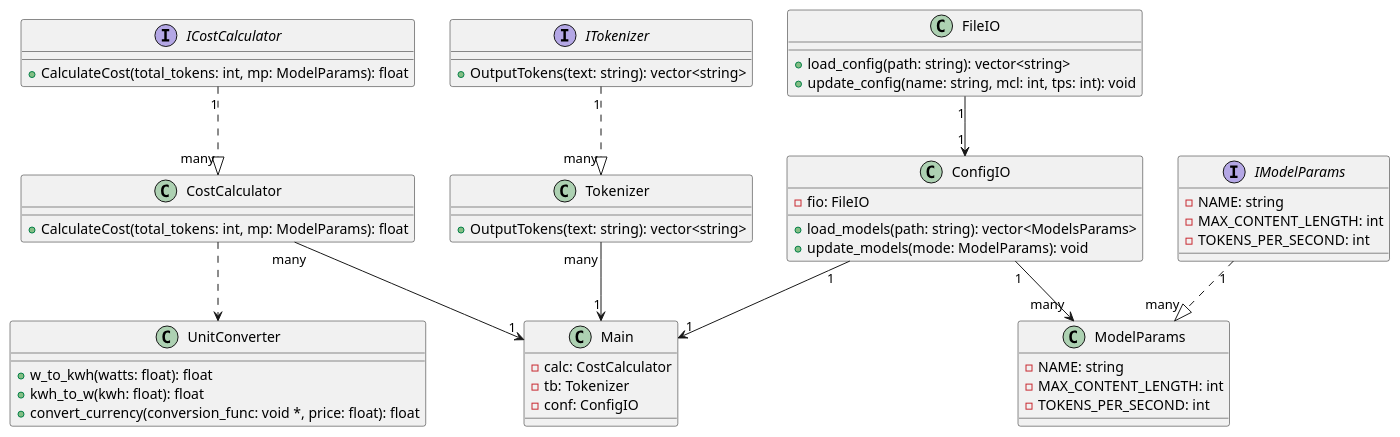
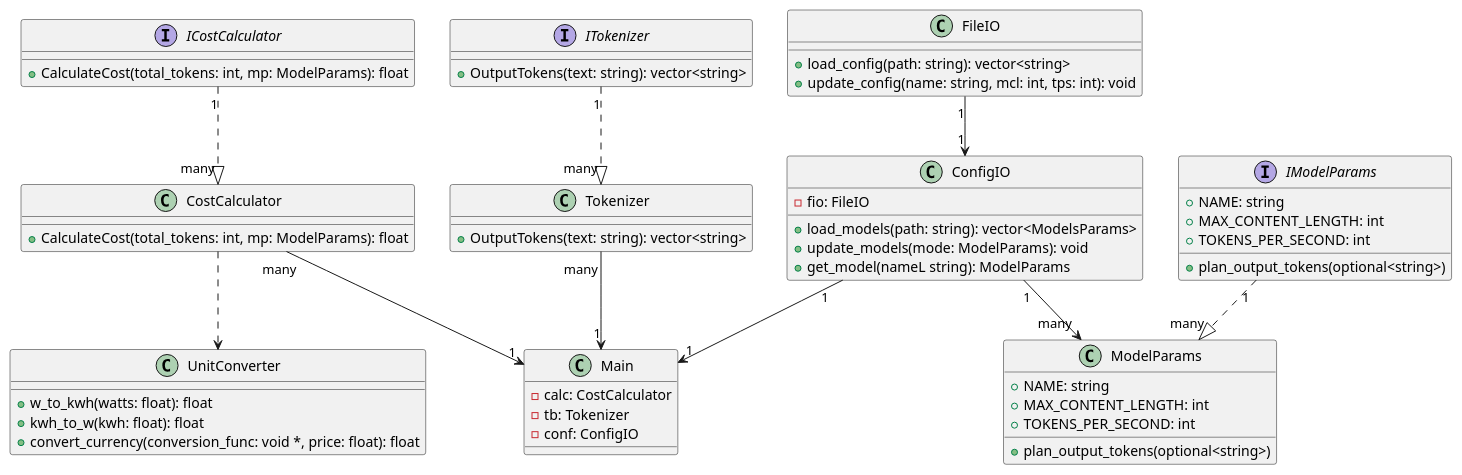
The diagram in uml/diag.puml (TeejMcSteez/ITCS3112FinalProject), drawn with PlantUML before and after one commit.

Commit message:
Small update for clarity, final update for UML submission

```diff
--- a/uml/diag.puml
+++ b/uml/diag.puml
@@ -1,68 +1,71 @@
 @startuml AITokenAnalyzer
 
 interface ITokenizer {
     +OutputTokens(text: string): vector<string>
 }
 
 class Tokenizer {
     +OutputTokens(text: string): vector<string>
 }
 
 interface ICostCalculator {
     +CalculateCost(total_tokens: int, mp: ModelParams): float
 }
 
 class CostCalculator {
     +CalculateCost(total_tokens: int, mp: ModelParams): float
 }
 
 interface IModelParams {
-    -NAME: string
-    -MAX_CONTENT_LENGTH: int
-    -TOKENS_PER_SECOND: int
+    +NAME: string
+    +MAX_CONTENT_LENGTH: int
+    +TOKENS_PER_SECOND: int
+    +plan_output_tokens(optional<string>)
 }
 
 class ModelParams {
-    -NAME: string
-    -MAX_CONTENT_LENGTH: int
-    -TOKENS_PER_SECOND: int
+    +NAME: string
+    +MAX_CONTENT_LENGTH: int
+    +TOKENS_PER_SECOND: int
+    +plan_output_tokens(optional<string>)
 }
 
 class FileIO {
     +load_config(path: string): vector<string>
     +update_config(name: string, mcl: int, tps: int): void
 }
 
 class ConfigIO {
     -fio: FileIO
     +load_models(path: string): vector<ModelsParams>
     +update_models(mode: ModelParams): void
+    +get_model(nameL string): ModelParams
 }
 
 class UnitConverter {
     +w_to_kwh(watts: float): float
     +kwh_to_w(kwh: float): float
     +convert_currency(conversion_func: void *, price: float): float
 }
 
 class Main {
     - calc: CostCalculator
     - tb: Tokenizer
     - conf: ConfigIO
 }
 
 ' Relationship's
 ' Tokenizer Relationships
 ITokenizer "1" ..|> "many" Tokenizer
 ' Cost Algo. Relationships
 ICostCalculator "1" ..|> "many" CostCalculator
 CostCalculator ..> UnitConverter
 ' Model/Config Relationships
 IModelParams "1" ..|> "many" ModelParams
 ConfigIO "1" --> "many" ModelParams
 FileIO "1" --> "1" ConfigIO
 ' Main relationships
 CostCalculator "many" --> "1" Main
 Tokenizer "many" --> "1" Main
 ConfigIO "1" --> "1" Main
 @enduml
```
